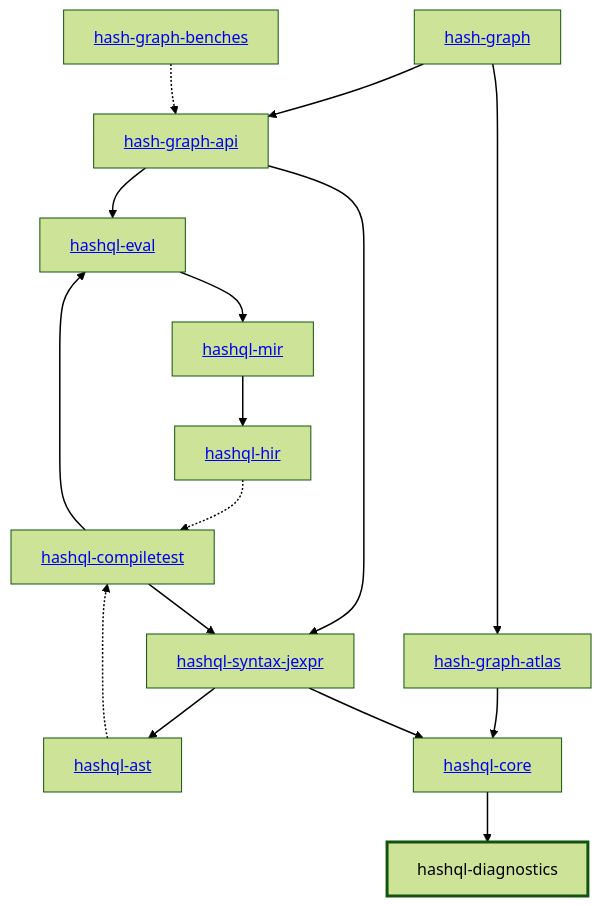
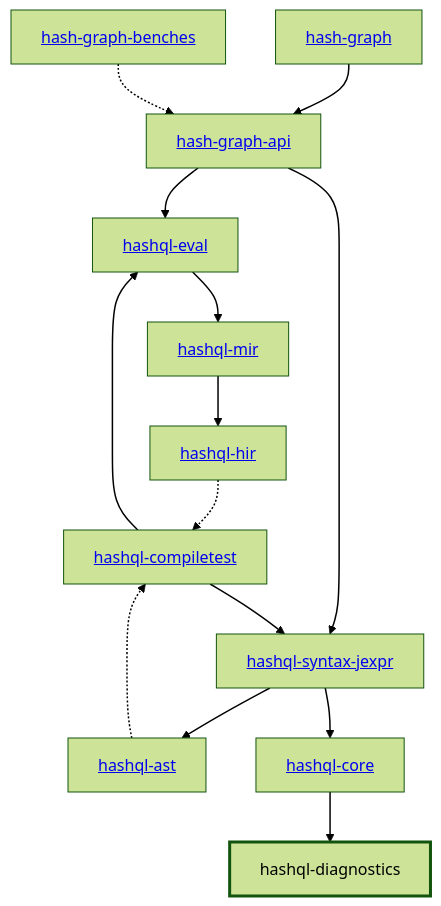
Before and after one commit to hashintel/hash: the diagram in libs/@local/hashql/diagnostics/docs/dependency-diagram.mmd, drawn with Mermaid (forest theme). The commit also changed 1 other file, not shown here.

Commit message:
docs: update dependency diagrams

```diff
--- a/libs/@local/hashql/diagnostics/docs/dependency-diagram.mmd
+++ b/libs/@local/hashql/diagnostics/docs/dependency-diagram.mmd
@@ -1,38 +1,35 @@
 graph TD
     linkStyle default stroke-width:1.5px
     classDef default stroke-width:1px
     classDef root stroke-width:3px
     classDef dev stroke-width:1px
     classDef build stroke-width:1px
     %% Legend
     %% --> : Normal dependency
     %% -.-> : Dev dependency
     %% ---> : Build dependency
     0[<a href="../hash_graph/index.html">hash-graph</a>]
     1[<a href="../hash_graph_api/index.html">hash-graph-api</a>]
-    2[<a href="../hash_graph_atlas/index.html">hash-graph-atlas</a>]
-    3[<a href="../hashql_ast/index.html">hashql-ast</a>]
-    4[<a href="../hashql_compiletest/index.html">hashql-compiletest</a>]
-    5[<a href="../hashql_core/index.html">hashql-core</a>]
-    6[hashql-diagnostics]
-    class 6 root
-    7[<a href="../hashql_eval/index.html">hashql-eval</a>]
-    8[<a href="../hashql_hir/index.html">hashql-hir</a>]
-    9[<a href="../hashql_mir/index.html">hashql-mir</a>]
-    10[<a href="../hashql_syntax_jexpr/index.html">hashql-syntax-jexpr</a>]
-    11[<a href="../hash_graph_benches/index.html">hash-graph-benches</a>]
+    2[<a href="../hashql_ast/index.html">hashql-ast</a>]
+    3[<a href="../hashql_compiletest/index.html">hashql-compiletest</a>]
+    4[<a href="../hashql_core/index.html">hashql-core</a>]
+    5[hashql-diagnostics]
+    class 5 root
+    6[<a href="../hashql_eval/index.html">hashql-eval</a>]
+    7[<a href="../hashql_hir/index.html">hashql-hir</a>]
+    8[<a href="../hashql_mir/index.html">hashql-mir</a>]
+    9[<a href="../hashql_syntax_jexpr/index.html">hashql-syntax-jexpr</a>]
+    10[<a href="../hash_graph_benches/index.html">hash-graph-benches</a>]
     0 --> 1
-    0 --> 2
-    1 --> 7
-    1 --> 10
-    2 --> 5
-    3 -.-> 4
-    4 --> 7
-    4 --> 10
-    5 --> 6
-    7 --> 9
-    8 -.-> 4
-    9 --> 8
-    10 --> 3
-    10 --> 5
-    11 -.-> 1
+    1 --> 6
+    1 --> 9
+    2 -.-> 3
+    3 --> 6
+    3 --> 9
+    4 --> 5
+    6 --> 8
+    7 -.-> 3
+    8 --> 7
+    9 --> 2
+    9 --> 4
+    10 -.-> 1
```
